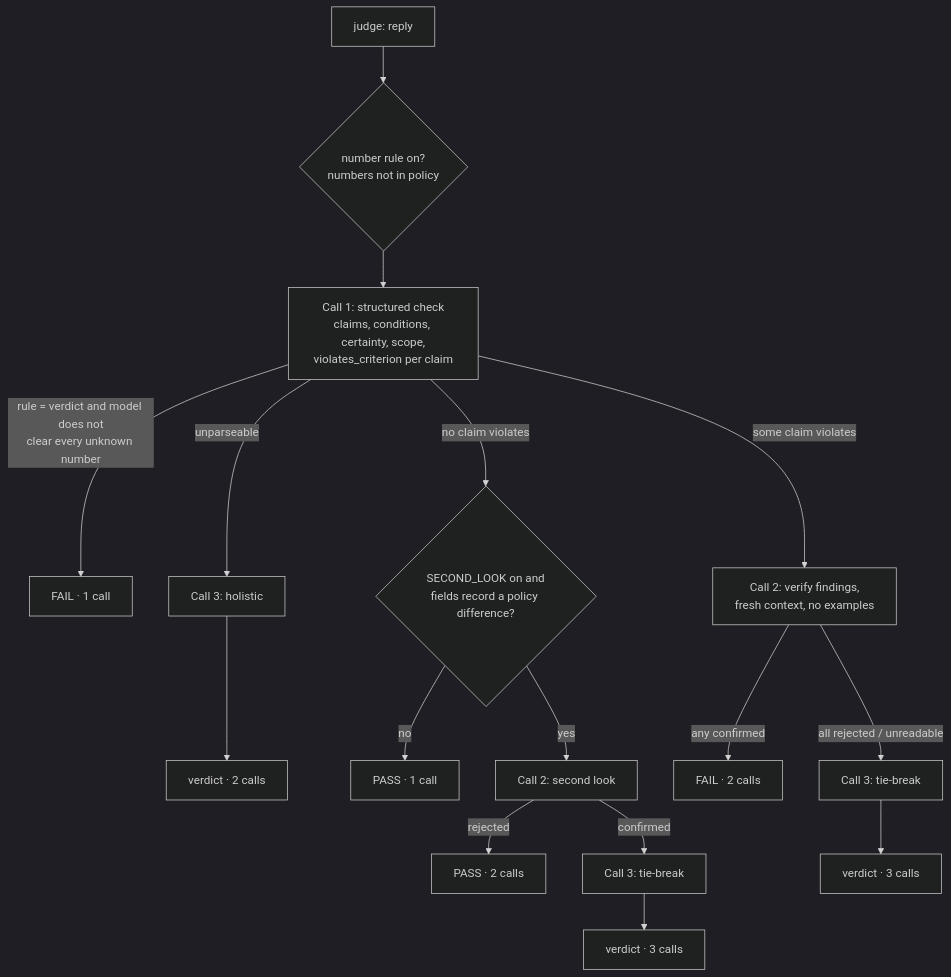
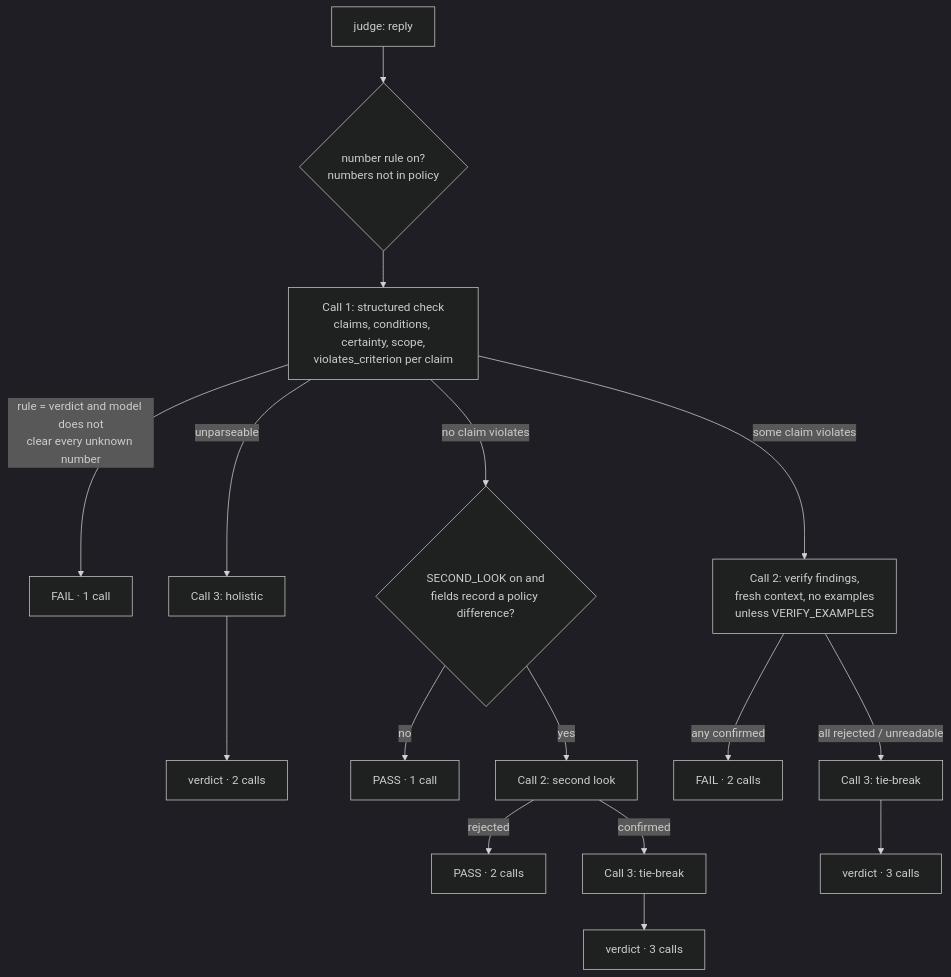
One commit to divinecodes1/sixt-hackathon changed the diagram in Project_3/docs/ARCHITECTURE.md. Above: the diagram before and after it, drawn with Mermaid (dark theme). The commit also changed other lines of this file and 15 other files, not shown here.

````diff
--- a/Project_3/docs/ARCHITECTURE.md
+++ b/Project_3/docs/ARCHITECTURE.md
@@ -63,14 +64,14 @@
 ```mermaid
 flowchart TD
     A[judge: reply] --> R{number rule on?<br/>numbers not in policy}
     R --> C1[Call 1: structured check<br/>claims, conditions, certainty, scope,<br/>violates_criterion per claim]
     C1 -->|rule = verdict and model does not<br/>clear every unknown number| F1[FAIL · 1 call]
     C1 -->|unparseable| H0[Call 3: holistic] --> V0[verdict · 2 calls]
     C1 -->|no claim violates| SL{SECOND_LOOK on and<br/>fields record a policy difference?}
     SL -->|no| P1[PASS · 1 call]
     SL -->|yes| C2b[Call 2: second look] -->|rejected| P2[PASS · 2 calls]
     C2b -->|confirmed| H1[Call 3: tie-break] --> V1[verdict · 3 calls]
-    C1 -->|some claim violates| C2[Call 2: verify findings,<br/>fresh context, no examples]
+    C1 -->|some claim violates| C2[Call 2: verify findings,<br/>fresh context, no examples<br/>unless VERIFY_EXAMPLES]
     C2 -->|any confirmed| F2[FAIL · 2 calls]
     C2 -->|all rejected / unreadable| H2[Call 3: tie-break] --> V2[verdict · 3 calls]
 ```
````
